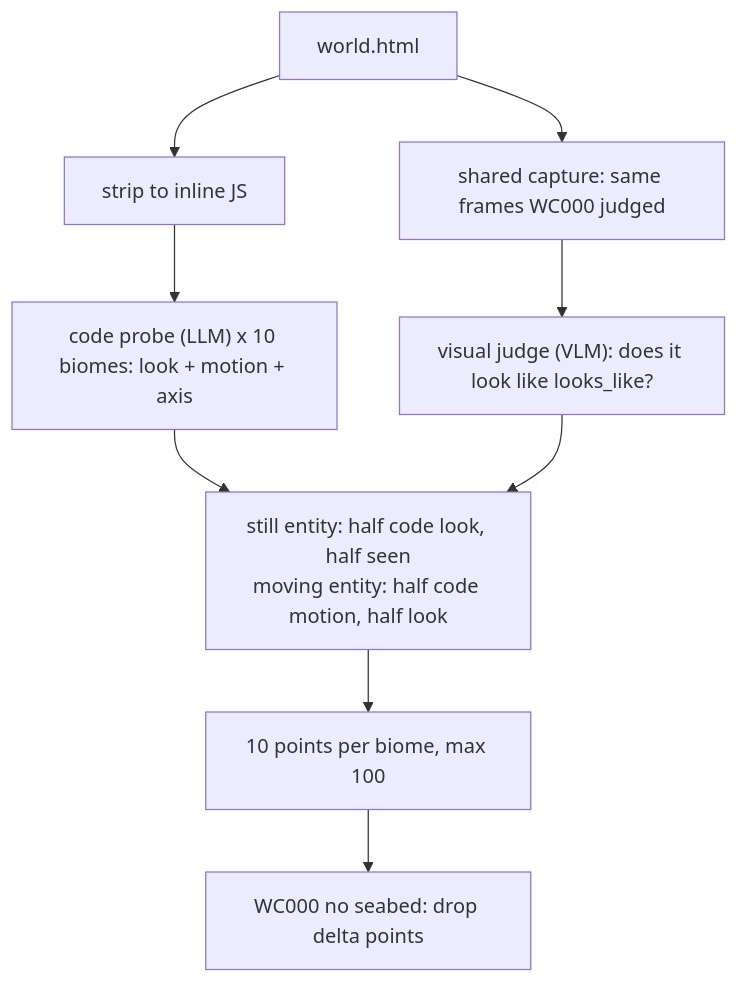
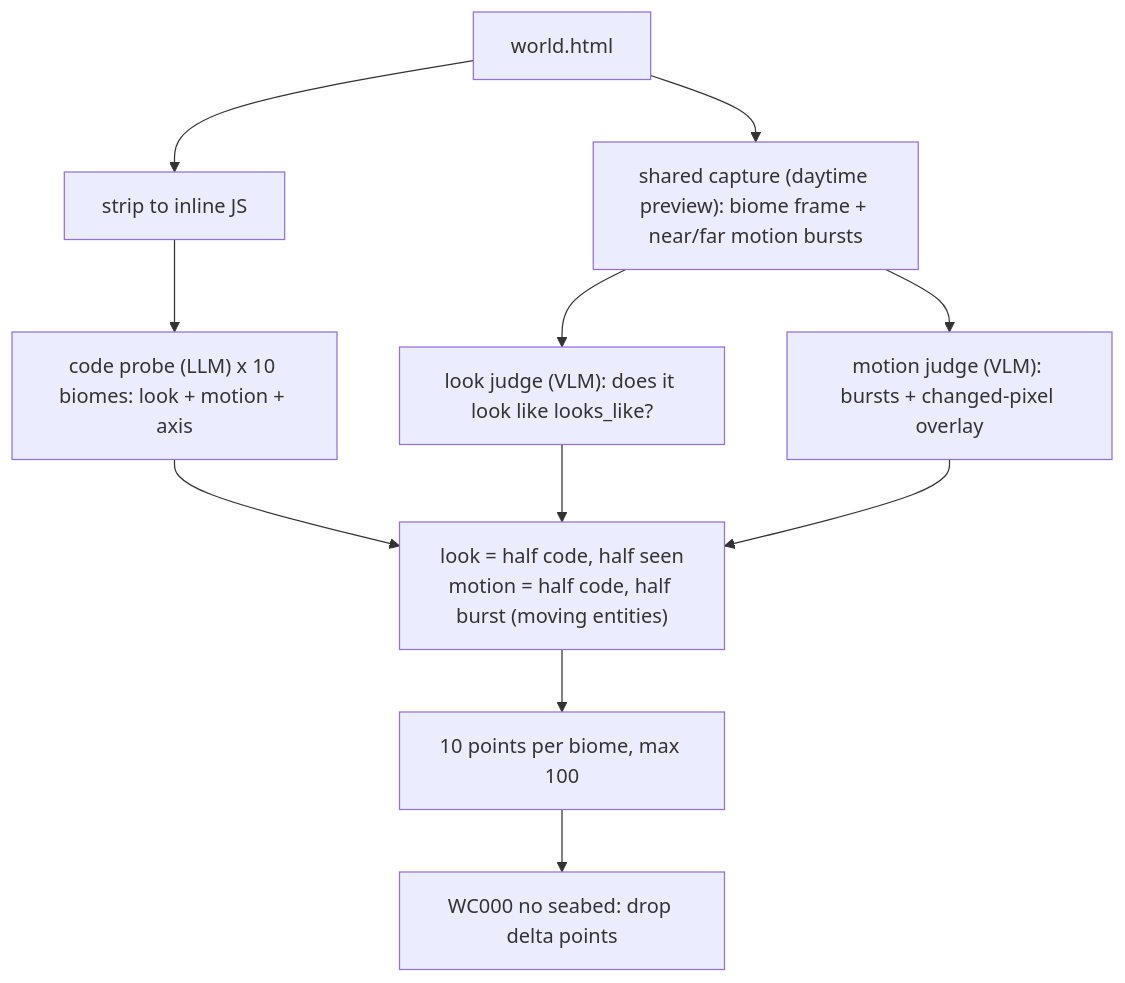
One commit to KrishBakshi/worldbench changed the diagram in tests/WC004_biome_rendering/README.md. Above: the diagram before and after it, drawn with Mermaid. The commit also changed other lines of this file and 4 other files, not shown here.

First line of the commit message:
WC004: judge motion from near/far frame bursts too, not code alone.

````diff
--- a/tests/WC004_biome_rendering/README.md
+++ b/tests/WC004_biome_rendering/README.md
@@ -11,12 +11,14 @@
 ```mermaid
 flowchart TD
     html["world.html"]
     html --> strip["strip to inline JS"]
     strip --> probe["code probe (LLM) x 10 biomes: look + motion + axis"]
-    html --> cap["shared capture: same frames WC000 judged"]
-    cap --> vis["visual judge (VLM): does it look like looks_like?"]
-    probe --> grade["still entity: half code look, half seen\nmoving entity: half code motion, half look"]
+    html --> cap["shared capture (daytime preview): biome frame + near/far motion bursts"]
+    cap --> vis["look judge (VLM): does it look like looks_like?"]
+    cap --> mot["motion judge (VLM): bursts + changed-pixel overlay"]
+    probe --> grade["look = half code, half seen\nmotion = half code, half burst (moving entities)"]
     vis --> grade
+    mot --> grade
     grade --> score["10 points per biome, max 100"]
     score --> gate["WC000 no seabed: drop delta points"]
 ```
````
